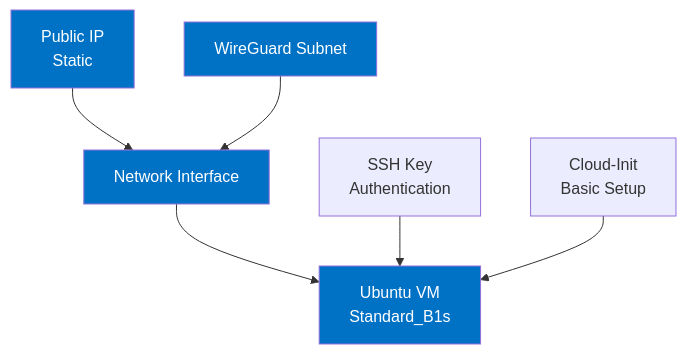
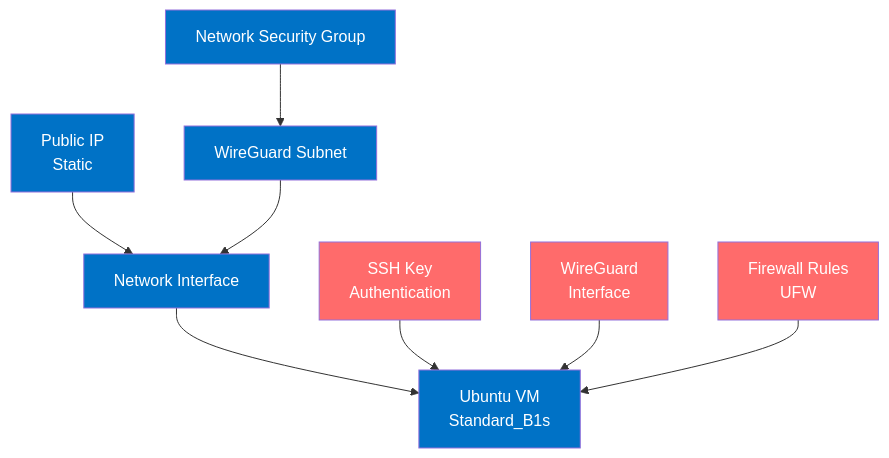
One commit to kpoxo6op/soyvps changed the first of 2 diagrams in vm/README.md. Above: the diagram before and after it, drawn with Mermaid. The commit also changed other lines of this file, not shown here.

````diff
--- a/vm/README.md
+++ b/vm/README.md
@@ -129,11 +7,15 @@
 ```mermaid
 graph TD
     PIP[Public IP<br>Static] --> NIC[Network Interface]
     NIC --> VM[Ubuntu VM<br>Standard_B1s]
     SUBNET[WireGuard Subnet] --> NIC
     SSH[SSH Key<br>Authentication] --> VM
-    CUSTOM[Cloud-Init<br>Basic Setup] --> VM
+    WG[WireGuard<br>Interface] --> VM
+    FW[Firewall Rules<br>UFW] --> VM
+    NSG[Network Security Group] --> SUBNET
     
     classDef azure fill:#0072C6,color:white
-    class PIP,NIC,VM,SUBNET azure
+    class PIP,NIC,VM,SUBNET,NSG azure
+    classDef security fill:#ff6b6b,color:white
+    class SSH,WG,FW security
 ```
````
